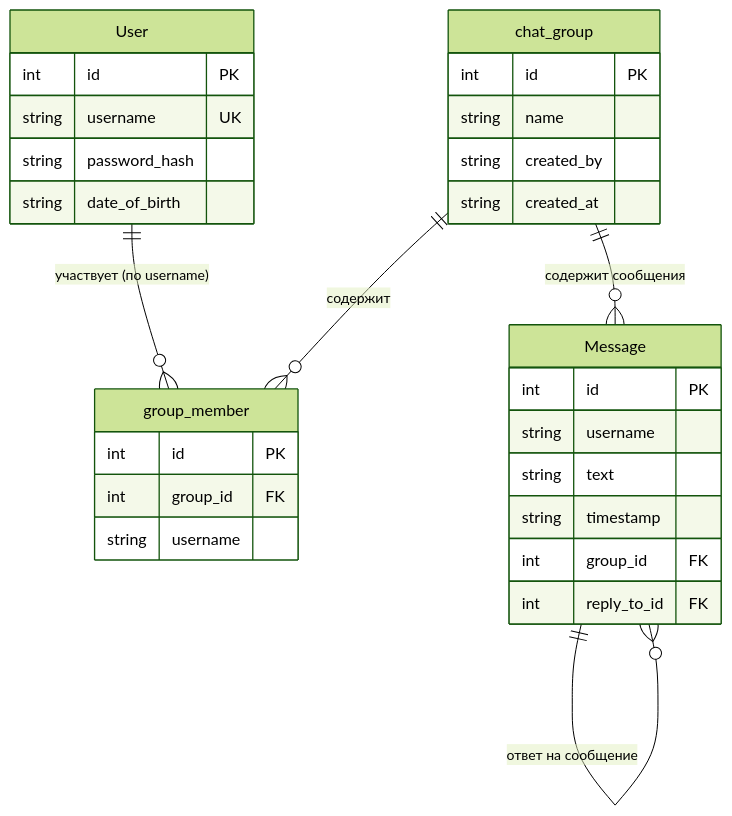
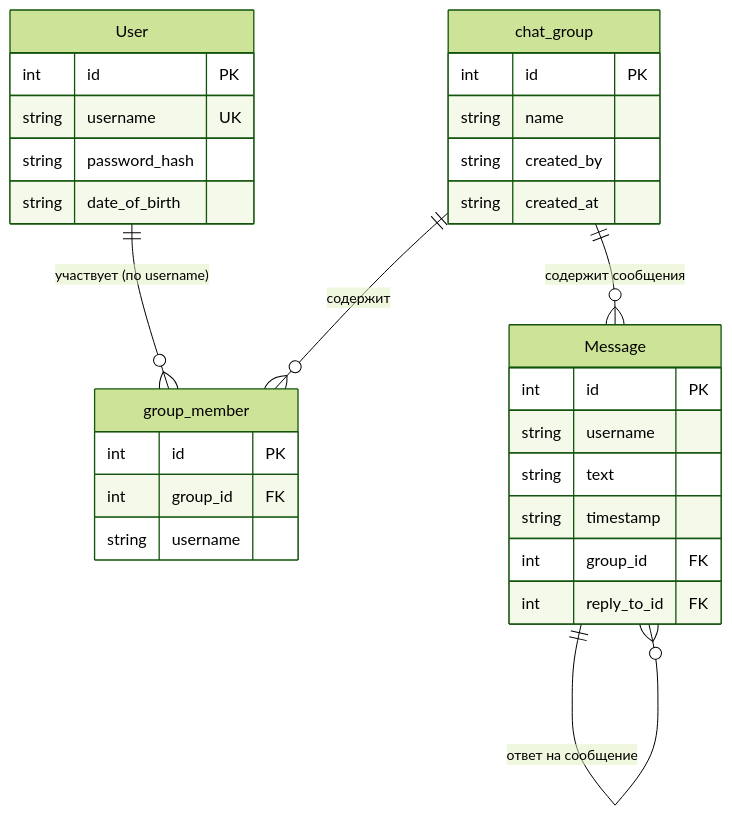
The diagram in README.md (alexcherch/Half_Chat), drawn with Mermaid (forest theme) before and after one commit. The commit also changed other lines of this file and 4 other files, not shown here.

````diff
--- a/README.md
+++ b/README.md
@@ -48,37 +66,36 @@
 ```mermaid
 erDiagram
     User {
         int id PK
         string username UK
         string password_hash
         string date_of_birth
     }
 
     chat_group {
         int id PK
         string name
         string created_by
         string created_at
     }
 
     group_member {
         int id PK
         int group_id FK
         string username
     }
 
     Message {
         int id PK
         string username
         string text
         string timestamp
         int group_id FK
         int reply_to_id FK
     }
 
     Message ||--o{ Message : "ответ на сообщение"
-
     User ||--o{ group_member : "участвует (по username)"
     chat_group ||--o{ group_member : "содержит"
-    chat_group ||--o{ Message : "cодержит сообщения"
+    chat_group ||--o{ Message : "содержит сообщения"
 ```
````
